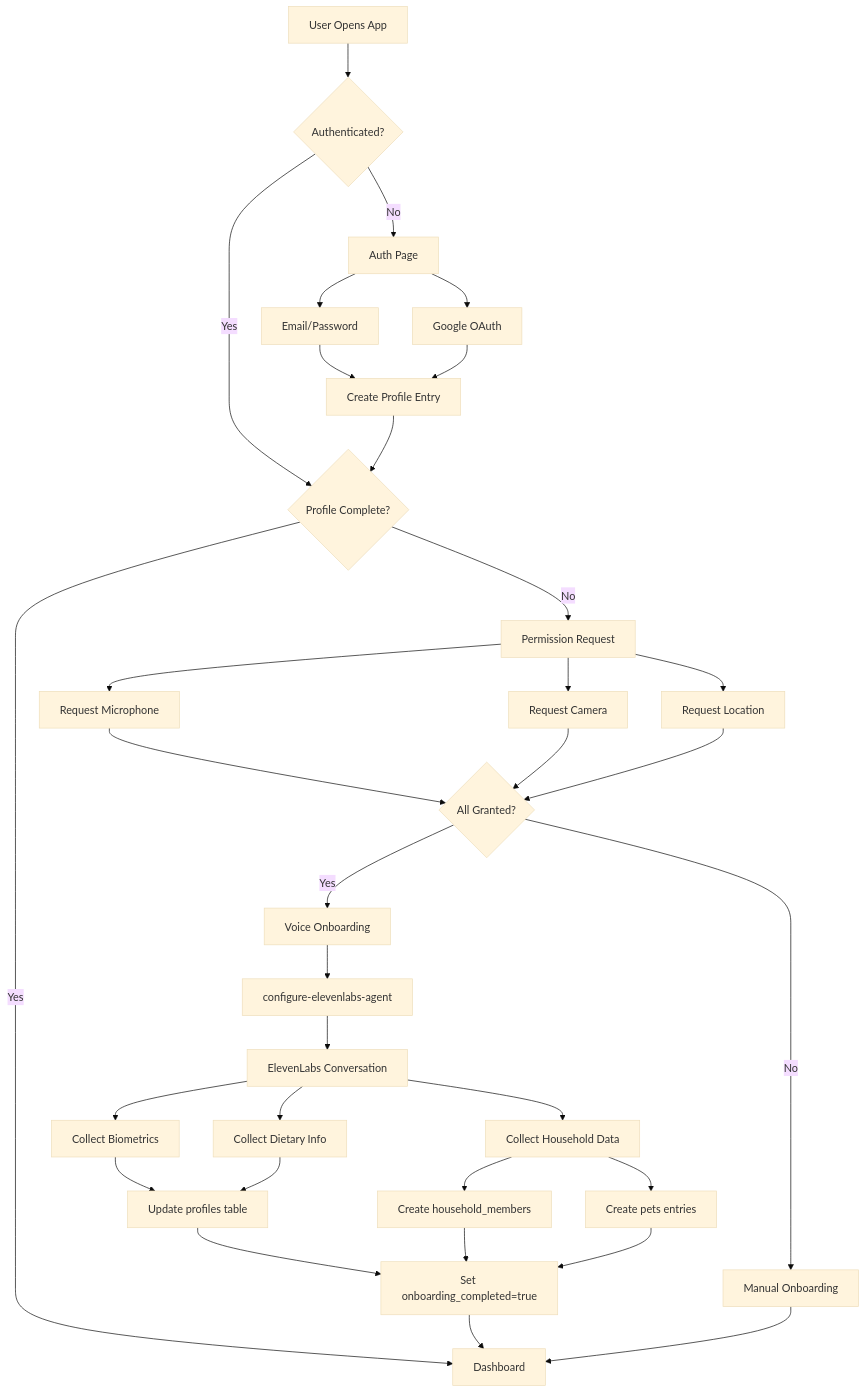
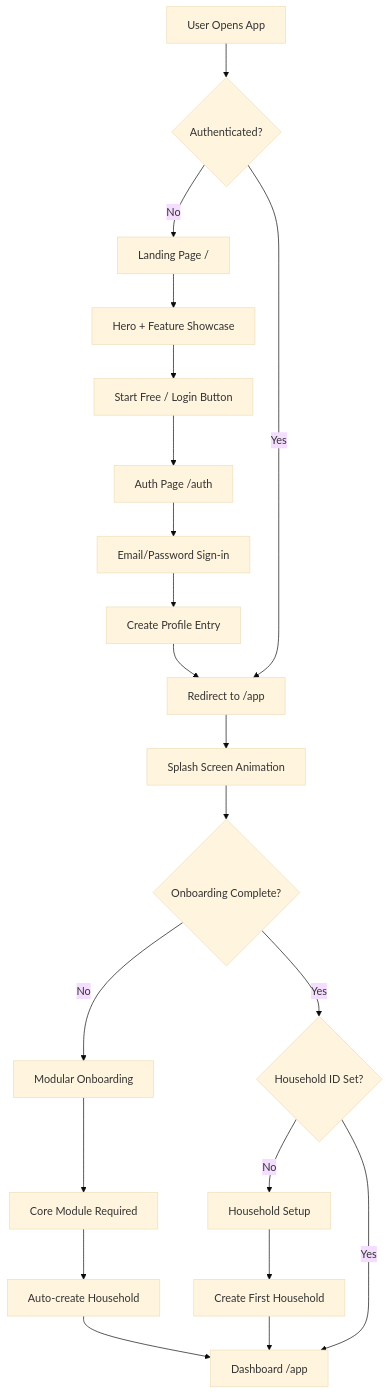
The first of 14 diagrams in KAEVA_MASTER_BLUEPRINT.md (Viraj-FG/Techcentral), drawn with Mermaid (base theme) before and after one commit. The commit also changed other lines of this file, not shown here.

````diff
--- a/KAEVA_MASTER_BLUEPRINT.md
+++ b/KAEVA_MASTER_BLUEPRINT.md
@@ -9,42 +11,30 @@
 ```mermaid
 graph TD
     Start[User Opens App] --> CheckAuth{Authenticated?}
-    CheckAuth -->|No| AuthPage[Auth Page]
-    CheckAuth -->|Yes| CheckProfile{Profile Complete?}
+    CheckAuth -->|No| LandingPage[Landing Page /]
+    CheckAuth -->|Yes| RedirectApp[Redirect to /app]
     
-    AuthPage --> EmailAuth[Email/Password]
-    AuthPage --> GoogleAuth[Google OAuth]
+    LandingPage --> ValueProp[Hero + Feature Showcase]
+    ValueProp --> CTAButton[Start Free / Login Button]
+    CTAButton --> AuthPage[Auth Page /auth]
+    
+    AuthPage --> EmailAuth[Email/Password Sign-in]
     EmailAuth --> CreateProfile[Create Profile Entry]
-    GoogleAuth --> CreateProfile
-    CreateProfile --> CheckProfile
+    CreateProfile --> RedirectApp
     
-    CheckProfile -->|No| PermReq[Permission Request]
-    CheckProfile -->|Yes| Dashboard[Dashboard]
+    RedirectApp --> SplashScreen[Splash Screen Animation]
+    SplashScreen --> CheckOnboarding{Onboarding Complete?}
     
-    PermReq --> ReqMic[Request Microphone]
-    PermReq --> ReqCam[Request Camera]
-    PermReq --> ReqLoc[Request Location]
-    ReqMic --> AllGranted{All Granted?}
-    ReqCam --> AllGranted
-    ReqLoc --> AllGranted
+    CheckOnboarding -->|No| ModularOnboarding[Modular Onboarding]
+    CheckOnboarding -->|Yes| CheckHousehold{Household ID Set?}
     
-    AllGranted -->|Yes| VoiceOnboard[Voice Onboarding]
-    AllGranted -->|No| ManualOnboard[Manual Onboarding]
+    CheckHousehold -->|No| HouseholdSetup[Household Setup]
+    CheckHousehold -->|Yes| Dashboard[Dashboard /app]
     
-    VoiceOnboard --> ConfigAgent[configure-elevenlabs-agent]
-    ConfigAgent --> ElevenLabs[ElevenLabs Conversation]
-    ElevenLabs --> CollectBio[Collect Biometrics]
-    ElevenLabs --> CollectDiet[Collect Dietary Info]
-    ElevenLabs --> CollectHouse[Collect Household Data]
+    ModularOnboarding --> CoreModule[Core Module Required]
+    CoreModule --> CreateHousehold[Auto-create Household]
+    CreateHousehold --> Dashboard
     
-    CollectBio --> UpdateProfile[Update profiles table]
-    CollectDiet --> UpdateProfile
-    CollectHouse --> CreateMembers[Create household_members]
-    CollectHouse --> CreatePets[Create pets entries]
-    
-    UpdateProfile --> MarkComplete[Set onboarding_completed=true]
-    CreateMembers --> MarkComplete
-    CreatePets --> MarkComplete
-    MarkComplete --> Dashboard
-    ManualOnboard --> Dashboard
+    HouseholdSetup --> CreateFirstHousehold[Create First Household]
+    CreateFirstHousehold --> Dashboard
 ```
````
